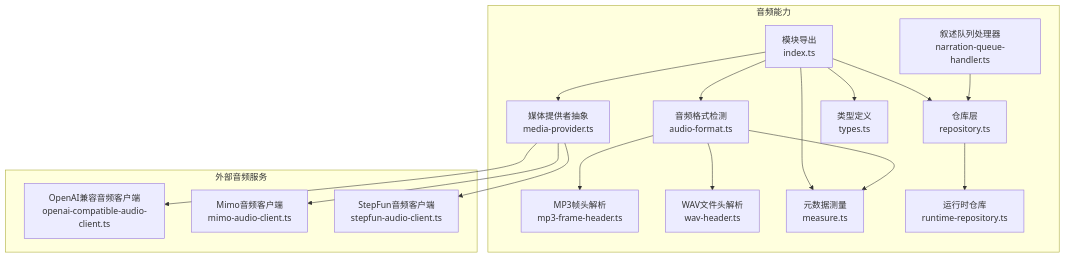
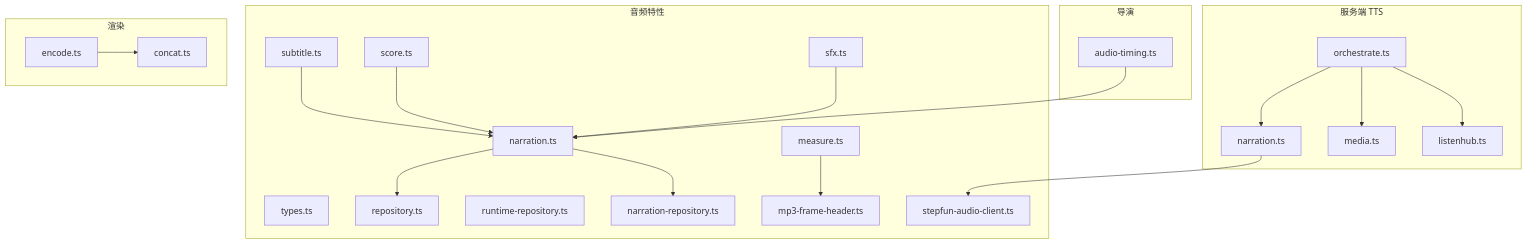
Before and after one commit to scottcwy/PurpleInk: the first of 9 diagrams in .qoder/repowiki/zh/content/音频处理/音频处理.md, drawn with Mermaid. The commit also changed other lines of this file and 872 other files, not shown here.

````diff
--- a/.qoder/repowiki/zh/content/音频处理/音频处理.md
+++ b/.qoder/repowiki/zh/content/音频处理/音频处理.md
@@ -55,33 +49,41 @@
 ```mermaid
 graph TB
-subgraph "音频能力"
-AF["音频格式检测<br/>audio-format.ts"]
-MP3H["MP3帧头解析<br/>mp3-frame-header.ts"]
-WAVH["WAV文件头解析<br/>wav-header.ts"]
-MEAS["元数据测量<br/>measure.ts"]
-MPROV["媒体提供者抽象<br/>media-provider.ts"]
-REPO["仓库层<br/>repository.ts"]
-RREPO["运行时仓库<br/>runtime-repository.ts"]
-NQH["叙述队列处理器<br/>narration-queue-handler.ts"]
-TYPES["类型定义<br/>types.ts"]
-IDX["模块导出<br/>index.ts"]
+subgraph "服务端 TTS"
+ORCH["orchestrate.ts"]
+NARR["narration.ts"]
+MEDIA["media.ts"]
+LISTEN["listenhub.ts"]
 end
-subgraph "外部音频服务"
-OAI["OpenAI兼容音频客户端<br/>openai-compatible-audio-client.ts"]
-MIMO["Mimo音频客户端<br/>mimo-audio-client.ts"]
-STEP["StepFun音频客户端<br/>stepfun-audio-client.ts"]
+subgraph "音频特性"
+TYPES["types.ts"]
+REPO["repository.ts"]
+RREPO["runtime-repository.ts"]
+ANARR["narration.ts"]
+NREPO["narration-repository.ts"]
+SUB["subtitle.ts"]
+SCORE["score.ts"]
+SFX["sfx.ts"]
+MEAS["measure.ts"]
+MP3["mp3-frame-header.ts"]
+CLIENT["stepfun-audio-client.ts"]
 end
-AF --> MP3H
-AF --> WAVH
-AF --> MEAS
-MPROV --> OAI
-MPROV --> MIMO
-MPROV --> STEP
-REPO --> RREPO
-NQH --> REPO
-IDX --> AF
-IDX --> MPROV
-IDX --> MEAS
-IDX --> REPO
-IDX --> TYPES
+subgraph "导演"
+TIMING["audio-timing.ts"]
+end
+subgraph "渲染"
+ENCODE["encode.ts"]
+CONCAT["concat.ts"]
+end
+ORCH --> NARR
+ORCH --> MEDIA
+ORCH --> LISTEN
+NARR --> CLIENT
+ANARR --> NREPO
+ANARR --> REPO
+SUB --> ANARR
+SCORE --> ANARR
+SFX --> ANARR
+MEAS --> MP3
+TIMING --> ANARR
+ENCODE --> CONCAT
 ```
````
